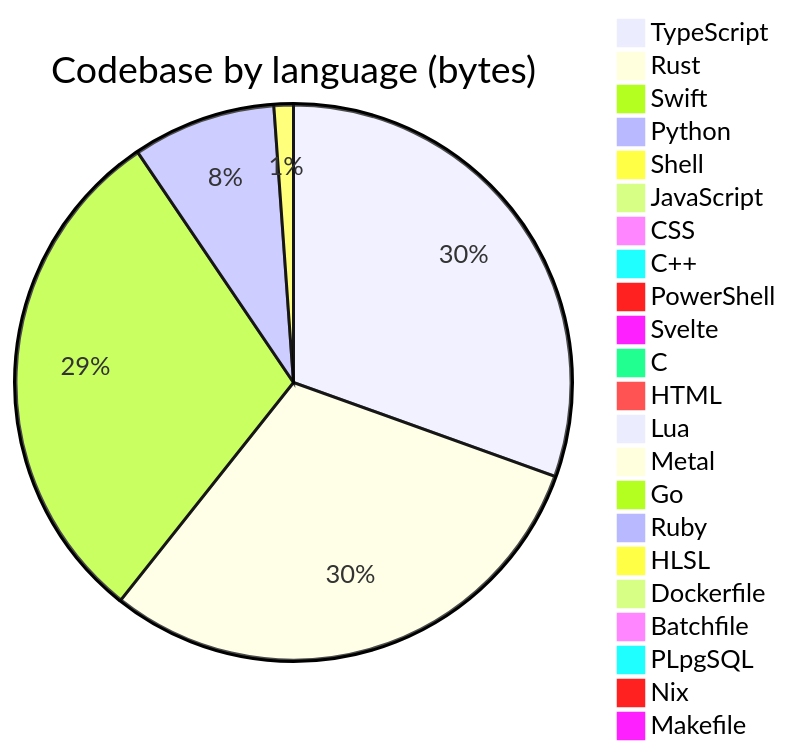
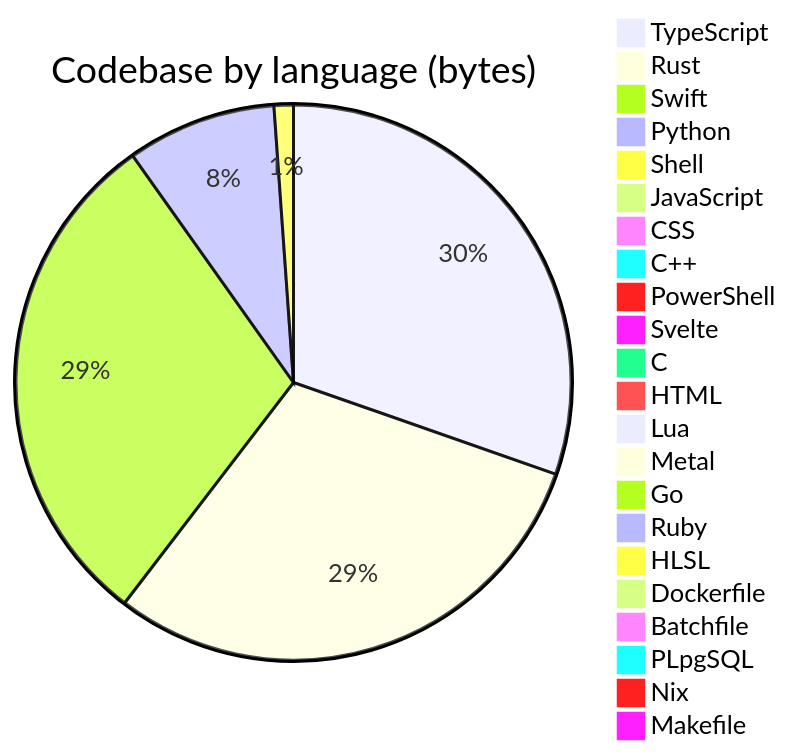
Before and after one commit to Open330/.github: the diagram in profile/README.md, drawn with Mermaid. The commit also changed other lines of this file and 1 other file, not shown here.

````diff
--- a/profile/README.md
+++ b/profile/README.md
@@ -139,25 +139,25 @@
 ```mermaid
 pie title Codebase by language (bytes)
-    "TypeScript" : 39435873
+    "TypeScript" : 39458158
     "Rust" : 39058613
-    "Swift" : 38609874
-    "Python" : 10786108
-    "Shell" : 1464195
+    "Swift" : 38707951
+    "Python" : 11296352
+    "Shell" : 1464471
     "JavaScript" : 986947
     "CSS" : 521964
     "C++" : 388775
     "PowerShell" : 333788
     "Svelte" : 275766
     "C" : 197825
     "HTML" : 179522
     "Lua" : 48814
     "Metal" : 33192
     "Go" : 22811
     "Ruby" : 9499
     "HLSL" : 7527
     "Dockerfile" : 7454
     "Batchfile" : 5660
     "PLpgSQL" : 5283
     "Nix" : 3168
     "Makefile" : 1692
 ```
````
